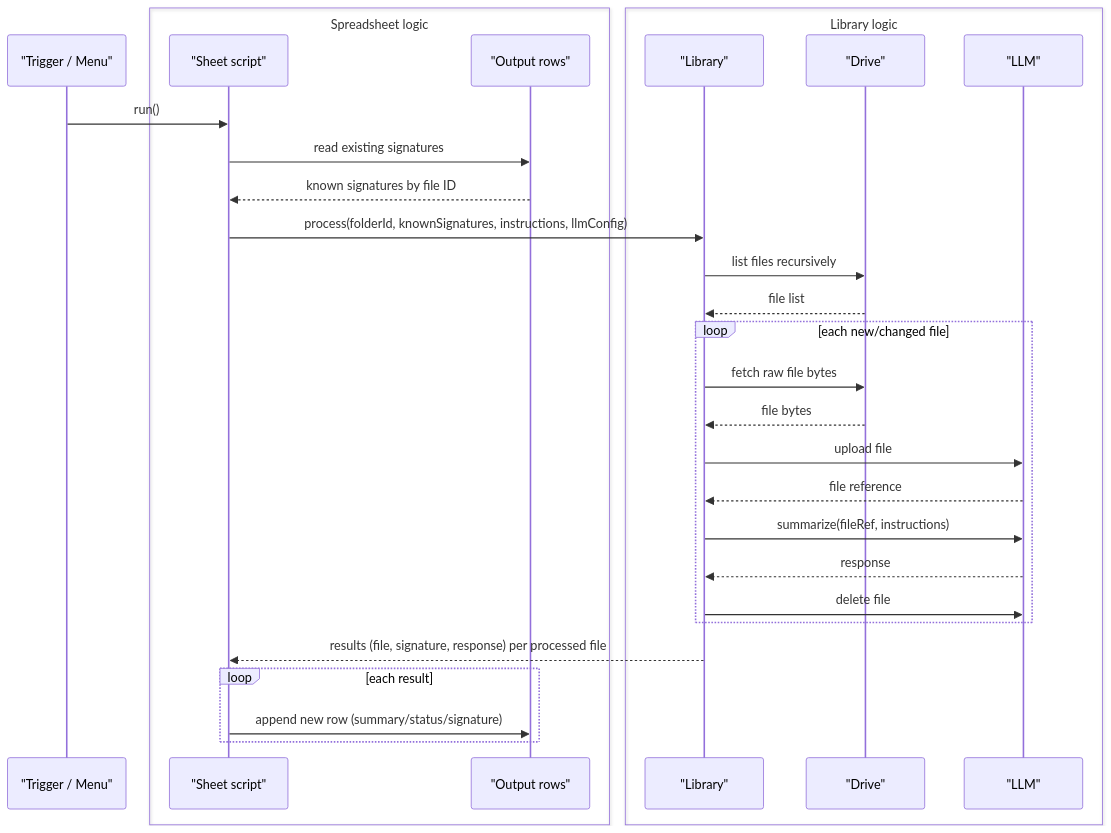
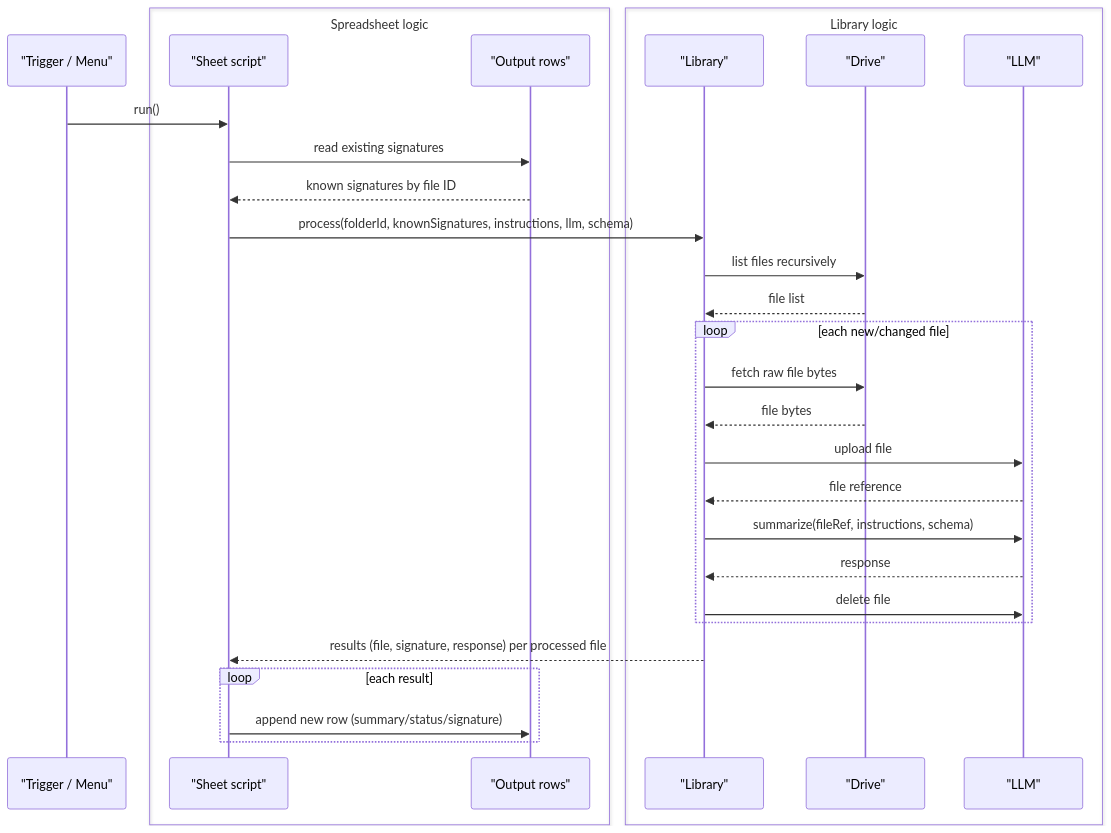
One commit to remal/gdrive-file-summarizer changed the diagram in README.md. Above: the diagram before and after it, drawn with Mermaid. The commit also changed other lines of this file and 1 other file, not shown here.

````diff
--- a/README.md
+++ b/README.md
@@ -45,35 +45,35 @@
 ```mermaid
 sequenceDiagram
     participant T as "Trigger / Menu"
     box Spreadsheet logic
         participant S as "Sheet script"
         participant O as "Output rows"
     end
     box Library logic
         participant L as "Library"
         participant D as "Drive"
         participant G as "LLM"
     end
 
     T->>S: run()
     S->>O: read existing signatures
     O-->>S: known signatures by file ID
-    S->>L: process(folderId, knownSignatures, instructions, llmConfig)
+    S->>L: process(folderId, knownSignatures, instructions, llm, schema)
     L->>D: list files recursively
     D-->>L: file list
 
     loop each new/changed file
         L->>D: fetch raw file bytes
         D-->>L: file bytes
         L->>G: upload file
         G-->>L: file reference
-        L->>G: summarize(fileRef, instructions)
+        L->>G: summarize(fileRef, instructions, schema)
         G-->>L: response
         L->>G: delete file
     end
 
     L-->>S: results (file, signature, response) per processed file
     loop each result
         S->>O: append new row (summary/status/signature)
     end
 ```
````
